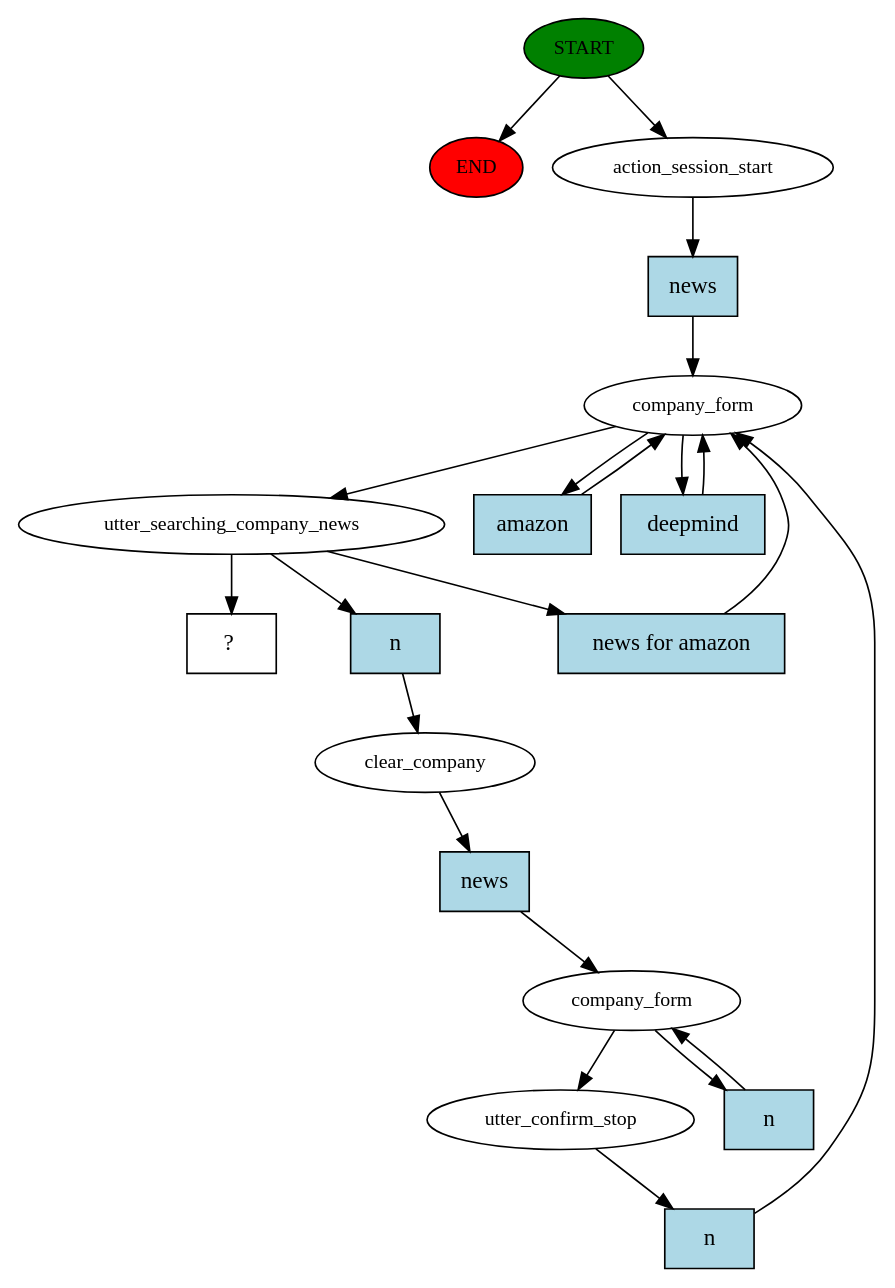
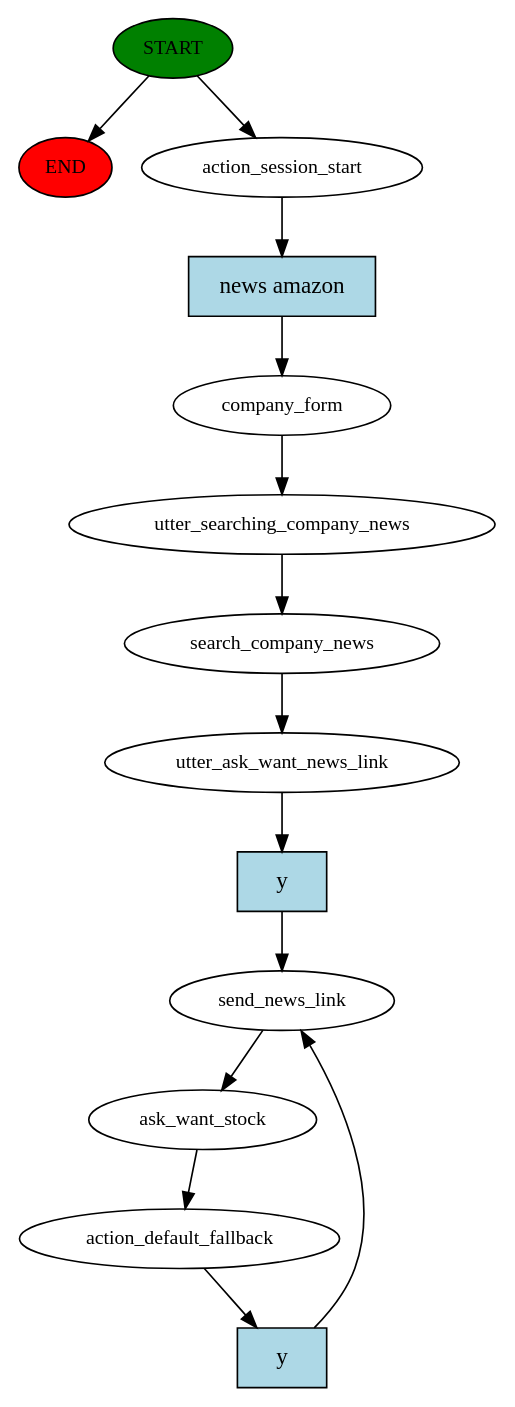
One commit to steveazzolin/hmd changed the diagram in story_graph.dot. Above: the diagram before and after it, drawn with Graphviz. The commit also changed 13 other files, not shown here.

Commit message:
Added company news

```diff
--- a/story_graph.dot
+++ b/story_graph.dot
@@ -1,40 +1,28 @@
 digraph  {
 0 [class="start active", fillcolor=green, fontsize=12, label=START, style=filled];
 "-1" [class=end, fillcolor=red, fontsize=12, label=END, style=filled];
 1 [class=active, fontsize=12, label=action_session_start];
 2 [class=active, fontsize=12, label=company_form];
-4 [class=active, fontsize=12, label=utter_searching_company_news];
-7 [class=active, fontsize=12, label=clear_company];
-8 [class=active, fontsize=12, label=company_form];
-10 [class=active, fontsize=12, label=utter_confirm_stop];
-14 [class="intent dashed active", label="  ?  ", shape=rect];
-15 [class="intent active", fillcolor=lightblue, label=news, shape=rect, style=filled];
-16 [class="intent active", fillcolor=lightblue, label=amazon, shape=rect, style=filled];
-17 [class="intent active", fillcolor=lightblue, label=deepmind, shape=rect, style=filled];
-18 [class="intent active", fillcolor=lightblue, label="news for amazon", shape=rect, style=filled];
-19 [class="intent active", fillcolor=lightblue, label=n, shape=rect, style=filled];
-20 [class="intent active", fillcolor=lightblue, label=news, shape=rect, style=filled];
-21 [class="intent active", fillcolor=lightblue, label=n, shape=rect, style=filled];
-22 [class="intent active", fillcolor=lightblue, label=n, shape=rect, style=filled];
+3 [class=active, fontsize=12, label=utter_searching_company_news];
+4 [class=active, fontsize=12, label=search_company_news];
+5 [class=active, fontsize=12, label=utter_ask_want_news_link];
+6 [class=active, fontsize=12, label=send_news_link];
+7 [class="active dashed", fontsize=12, label=ask_want_stock];
+8 [class=active, fontsize=12, label=action_default_fallback];
+11 [class="intent active", fillcolor=lightblue, label="news amazon", shape=rect, style=filled];
+12 [class="intent active", fillcolor=lightblue, label=y, shape=rect, style=filled];
+13 [class="intent active", fillcolor=lightblue, label=y, shape=rect, style=filled];
 0 -> "-1"  [class="", key=NONE, label=""];
 0 -> 1  [class=active, key=NONE, label=""];
-1 -> 15  [class=active, key=0];
-2 -> 4  [class=active, key=NONE, label=""];
-2 -> 16  [class=active, key=0];
-2 -> 17  [class=active, key=0];
-4 -> 14  [class=active, key=NONE, label=""];
-4 -> 18  [class=active, key=0];
-4 -> 19  [class=active, key=0];
-7 -> 20  [class=active, key=0];
-8 -> 10  [class=active, key=NONE, label=""];
-8 -> 21  [class=active, key=0];
-10 -> 22  [class=active, key=0];
-15 -> 2  [class=active, key=0];
-16 -> 2  [class=active, key=0];
-17 -> 2  [class=active, key=0];
-18 -> 2  [class=active, key=0];
-19 -> 7  [class=active, key=0];
-20 -> 8  [class=active, key=0];
-21 -> 8  [class=active, key=0];
-22 -> 2  [class=active, key=0];
+1 -> 11  [class=active, key=0];
+2 -> 3  [class=active, key=NONE, label=""];
+3 -> 4  [class=active, key=NONE, label=""];
+4 -> 5  [class=active, key=NONE, label=""];
+5 -> 12  [class=active, key=0];
+6 -> 7  [class=active, key=NONE, label=""];
+7 -> 8  [class=active, key=NONE, label=""];
+8 -> 13  [class=active, key=0];
+11 -> 2  [class=active, key=0];
+12 -> 6  [class=active, key=0];
+13 -> 6  [class=active, key=0];
 }
```
